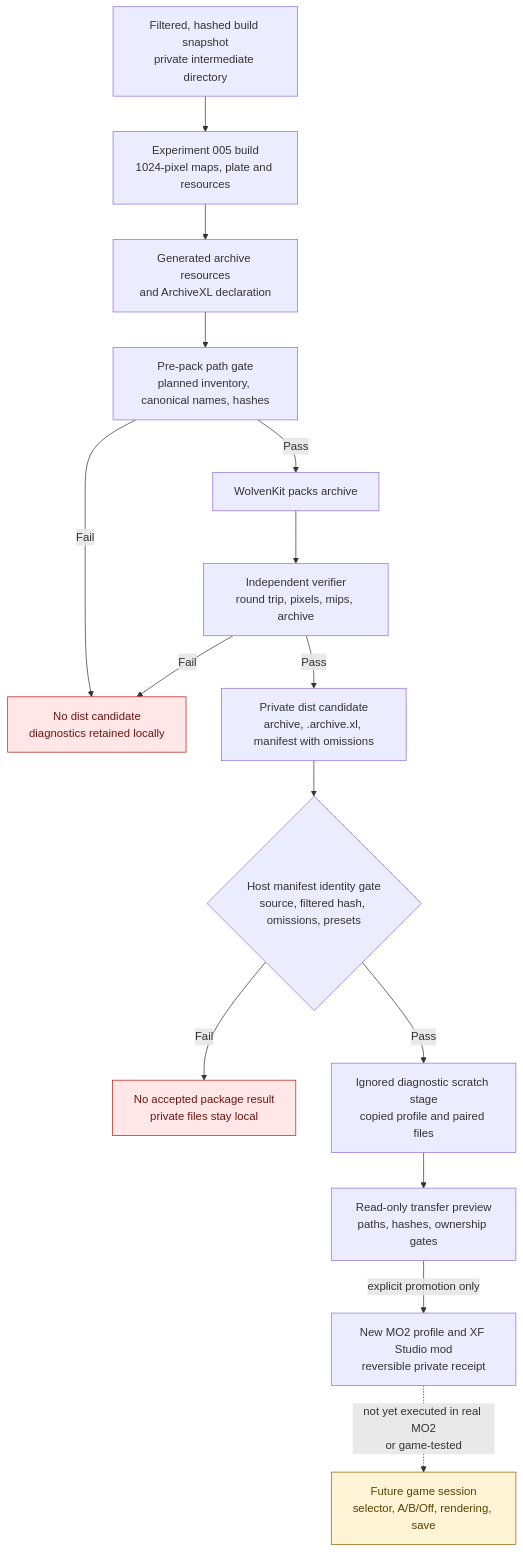
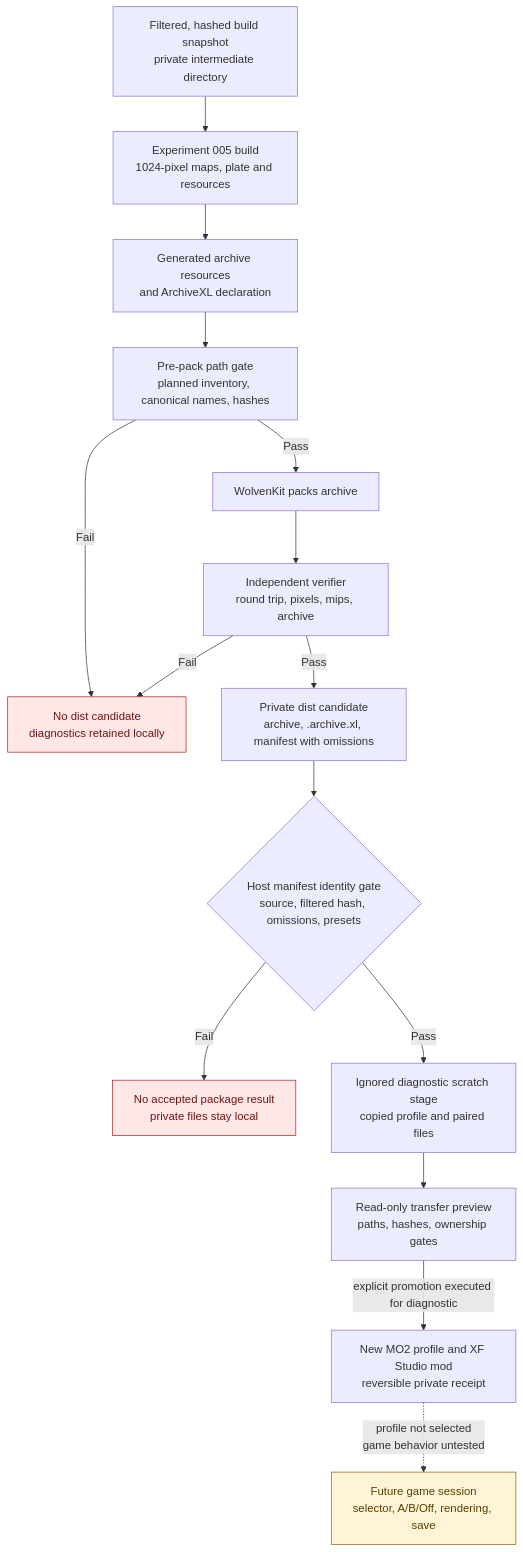
One commit to axefrog/xf-studio changed the second of 3 diagrams in research/authoring/studio-to-mod-pipeline.md. Above: the diagram before and after it, drawn with Mermaid. The commit also changed other lines of this file and 3 other files, not shown here.

````diff
--- a/research/authoring/studio-to-mod-pipeline.md
+++ b/research/authoring/studio-to-mod-pipeline.md
@@ -43,22 +43,22 @@
 ```mermaid
 flowchart TB
   snapshot["Filtered, hashed build snapshot<br/>private intermediate directory"] --> bake["Experiment 005 build<br/>1024-pixel maps, plate and resources"]
   bake --> resources["Generated archive resources<br/>and ArchiveXL declaration"]
   resources --> gate["Pre-pack path gate<br/>planned inventory, canonical names, hashes"]
   gate -- Fail --> stop
   gate -- Pass --> pack["WolvenKit packs archive"]
   pack --> verifier["Independent verifier<br/>round trip, pixels, mips, archive"]
   verifier -- Fail --> stop["No dist candidate<br/>diagnostics retained locally"]
   verifier -- Pass --> dist["Private dist candidate<br/>archive, .archive.xl, manifest with omissions"]
   dist --> resultGate{"Host manifest identity gate<br/>source, filtered hash, omissions, presets"}
   resultGate -- Fail --> unaccepted["No accepted package result<br/>private files stay local"]
   resultGate -- Pass --> scratch["Ignored diagnostic scratch stage<br/>copied profile and paired files"]
   scratch --> preview["Read-only transfer preview<br/>paths, hashes, ownership gates"]
-  preview -- "explicit promotion only" --> mo2["New MO2 profile and XF Studio mod<br/>reversible private receipt"]
-  mo2 -. "not yet executed in real MO2<br/>or game-tested" .-> runtime["Future game session<br/>selector, A/B/Off, rendering, save"]
+  preview -- "explicit promotion executed for diagnostic" --> mo2["New MO2 profile and XF Studio mod<br/>reversible private receipt"]
+  mo2 -. "profile not selected<br/>game behavior untested" .-> runtime["Future game session<br/>selector, A/B/Off, rendering, save"]
 
   classDef blocked fill:#ffe7e7,stroke:#b42318,color:#6e1611;
   classDef pending fill:#fff4d6,stroke:#946200,color:#594000;
   class stop,unaccepted blocked;
   class runtime pending;
 ```
````
